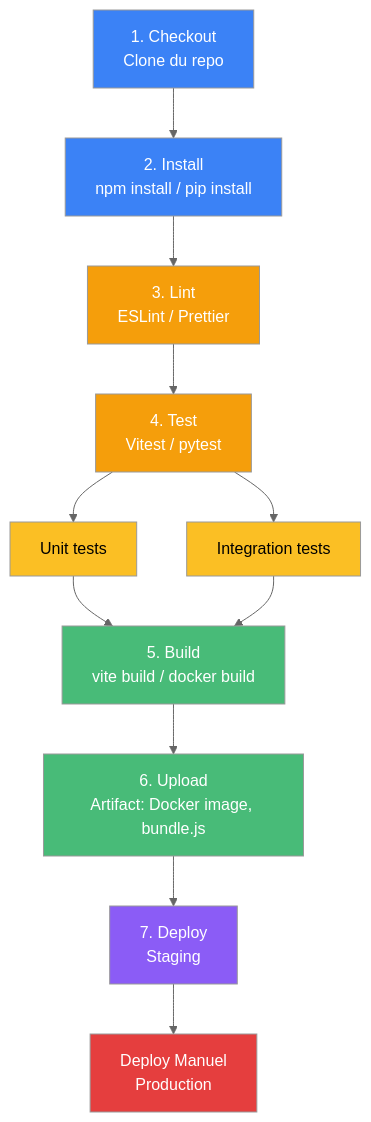
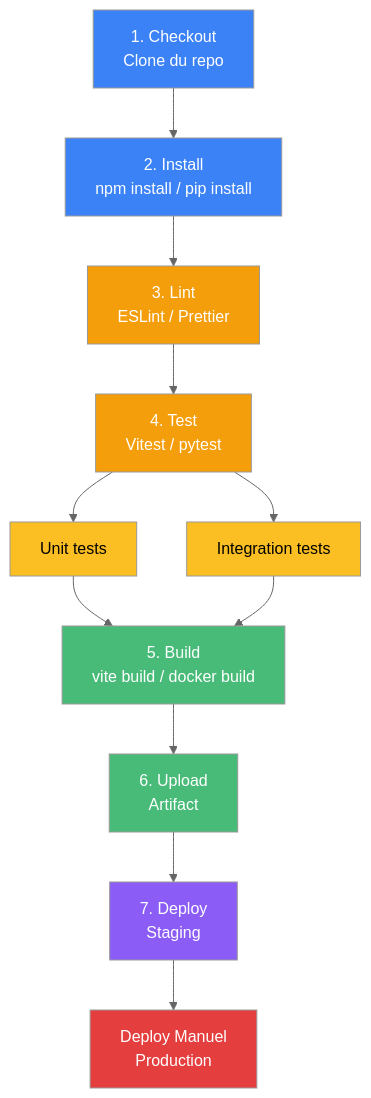
The second of 3 diagrams in slides/05-cicd-github-actions.md (Foreach-Academy-France/formation-devops-initiation), drawn with Mermaid (neutral theme) before and after one commit. The commit also changed other lines of this file, not shown here.

Commit message:
🐛 fix(slides): fix Mermaid syntax errors in Module 05 slides 9 and 12
Correction des erreurs de syntaxe Mermaid:
- Remplacement <br/> par retours à la ligne dans guillemets
- Mermaid flowchart ne supporte pas les balises HTML dans les labels
- Utilisation de multi-lignes avec guillemets doubles

Slides corrigées:
- Slide 9: Pipeline CI/CD (7 étapes)
- Slide 12: Architecture GitHub Actions (6 niveaux)

🤖 Generated with [Claude Code](https://claude.com/claude-code)

```diff
--- a/slides/05-cicd-github-actions.md
+++ b/slides/05-cicd-github-actions.md
@@ -215,24 +215,32 @@
 <div class="mermaid">
 flowchart TD
-    A[1. Checkout<br/>Clone du repo] --> B[2. Install<br/>npm install / pip install]
-    B --> C[3. Lint<br/>ESLint / Prettier]
-    C --> D[4. Test<br/>Vitest / pytest]
+    A["1. Checkout
+    Clone du repo"] --> B["2. Install
+    npm install / pip install"]
+    B --> C["3. Lint
+    ESLint / Prettier"]
+    C --> D["4. Test
+    Vitest / pytest"]
     D --> E[Unit tests]
     D --> F[Integration tests]
-    E --> G[5. Build<br/>vite build / docker build]
+    E --> G["5. Build
+    vite build / docker build"]
     F --> G
-    G --> H[6. Upload<br/>Artifact: Docker image, bundle.js]
-    H --> I[7. Deploy<br/>Staging]
-    I --> J[Deploy Manuel<br/>Production]
+    G --> H["6. Upload
+    Artifact"]
+    H --> I["7. Deploy
+    Staging"]
+    I --> J["Deploy Manuel
+    Production"]
 
     style A fill:#3b82f6,color:#fff
     style B fill:#3b82f6,color:#fff
     style C fill:#f59e0b,color:#fff
     style D fill:#f59e0b,color:#fff
     style E fill:#fbbf24,color:#000
     style F fill:#fbbf24,color:#000
     style G fill:#48bb78,color:#fff
     style H fill:#48bb78,color:#fff
     style I fill:#8b5cf6,color:#fff
     style J fill:#e53e3e,color:#fff
 </div>
```
